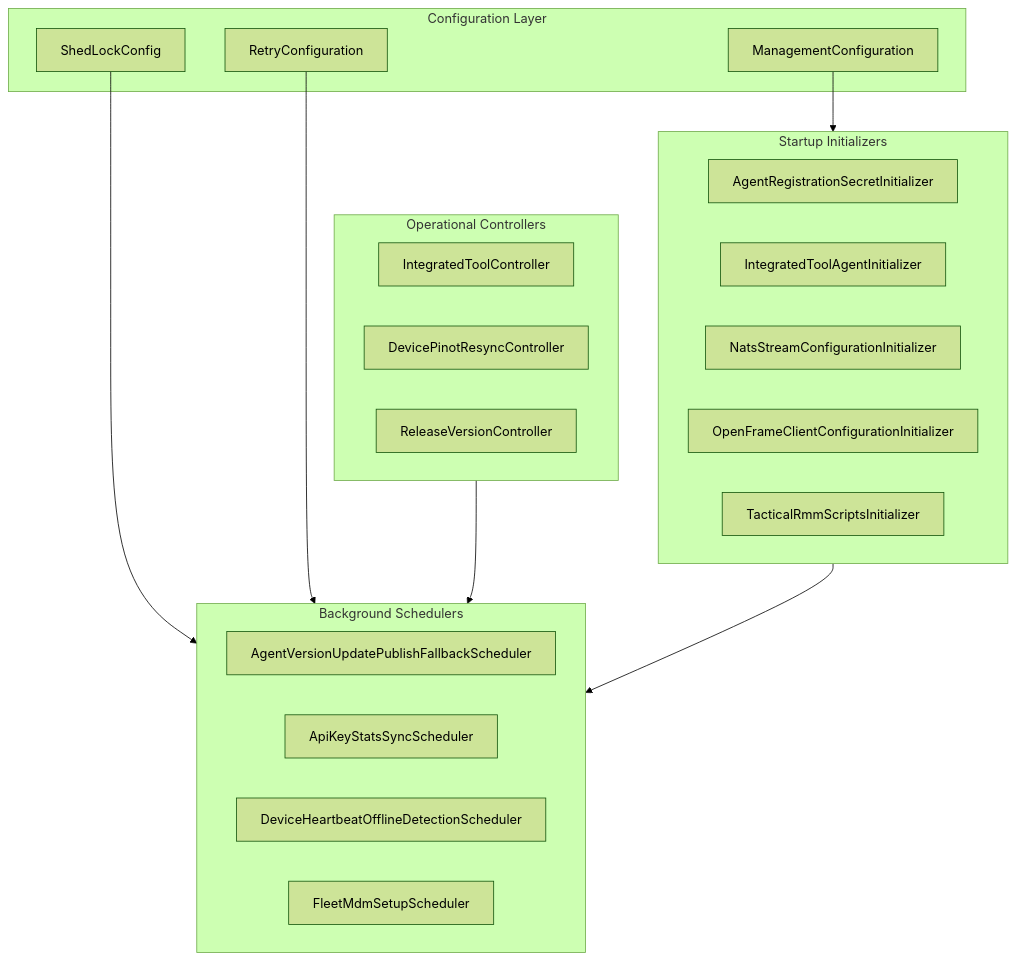
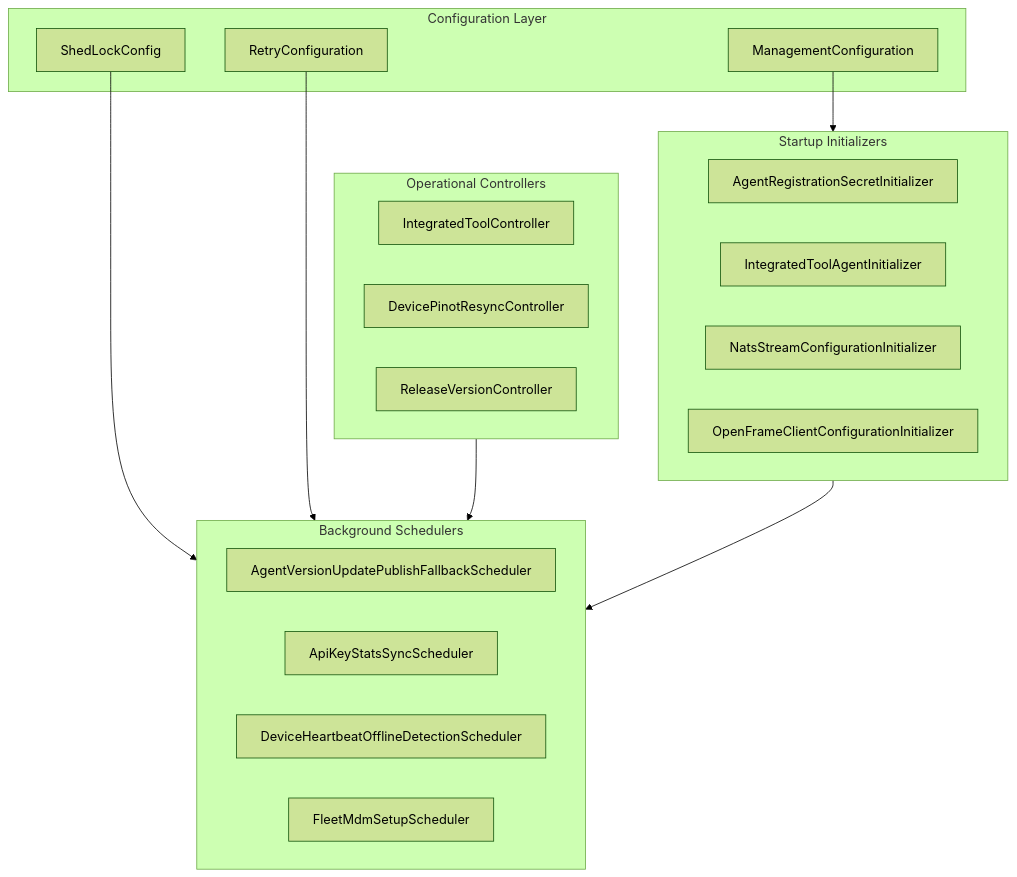
One commit to flamingo-stack/openframe-oss-lib changed the first of 8 diagrams in docs/reference/architecture/management-service-core-initializers-and-schedulers/management-service-core-initializers-and-schedulers.md. Above: the diagram before and after it, drawn with Mermaid (forest theme). The commit also changed other lines of this file and 51 other files, not shown here.

````diff
--- a/docs/reference/architecture/management-service-core-initializers-and-schedulers/management-service-core-initializers-and-schedulers.md
+++ b/docs/reference/architecture/management-service-core-initializers-and-schedulers/management-service-core-initializers-and-schedulers.md
@@ -26,35 +26,34 @@
 ```mermaid
 flowchart TD
     subgraph ConfigLayer["Configuration Layer"]
         MgmtConfig["ManagementConfiguration"]
         RetryConfig["RetryConfiguration"]
         ShedLock["ShedLockConfig"]
     end
 
     subgraph Initializers["Startup Initializers"]
         SecretInit["AgentRegistrationSecretInitializer"]
         AgentInit["IntegratedToolAgentInitializer"]
         NatsInit["NatsStreamConfigurationInitializer"]
         ClientInit["OpenFrameClientConfigurationInitializer"]
-        TacticalInit["TacticalRmmScriptsInitializer"]
     end
 
     subgraph Schedulers["Background Schedulers"]
         VersionFallback["AgentVersionUpdatePublishFallbackScheduler"]
         ApiKeySync["ApiKeyStatsSyncScheduler"]
         Heartbeat["DeviceHeartbeatOfflineDetectionScheduler"]
         FleetMdm["FleetMdmSetupScheduler"]
     end
 
     subgraph Controllers["Operational Controllers"]
         ToolCtrl["IntegratedToolController"]
         PinotCtrl["DevicePinotResyncController"]
         ReleaseCtrl["ReleaseVersionController"]
     end
 
     MgmtConfig --> Initializers
     ShedLock --> Schedulers
     RetryConfig --> Schedulers
     Controllers --> Schedulers
     Initializers --> Schedulers
 ```
````
